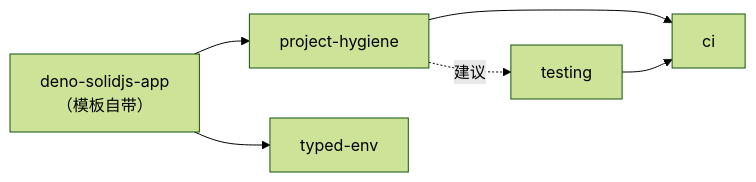
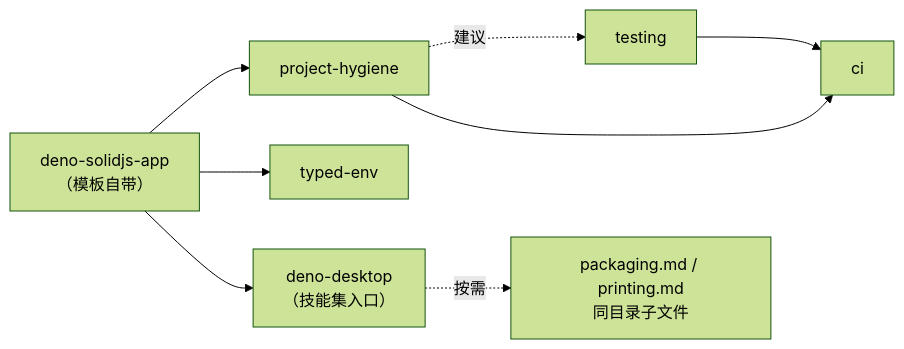
One commit to JuerGenie/deno-solidjs-template changed the diagram in skills/README.md. Above: the diagram before and after it, drawn with Mermaid (forest theme). The commit also changed other lines of this file and 8 other files, not shown here.

````diff
--- a/skills/README.md
+++ b/skills/README.md
@@ -24,8 +24,10 @@
 ```mermaid
 flowchart LR
   BASE["deno-solidjs-app<br/>（模板自带）"] --> HY["project-hygiene"]
   HY -.建议.-> TEST["testing"]
   HY --> CI["ci"]
   TEST --> CI
   BASE --> ENV["typed-env"]
+  BASE --> DT["deno-desktop<br/>（技能集入口）"]
+  DT -.按需.-> DTSUB["packaging.md / printing.md<br/>同目录子文件"]
 ```
````
